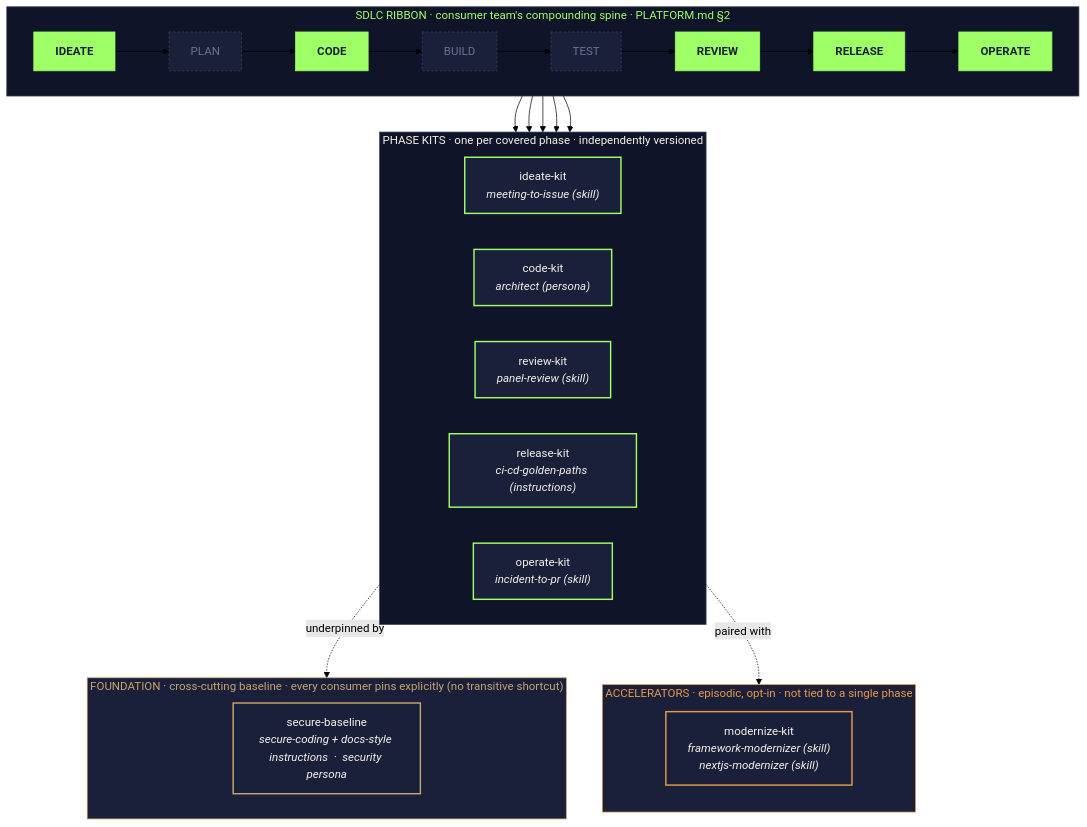
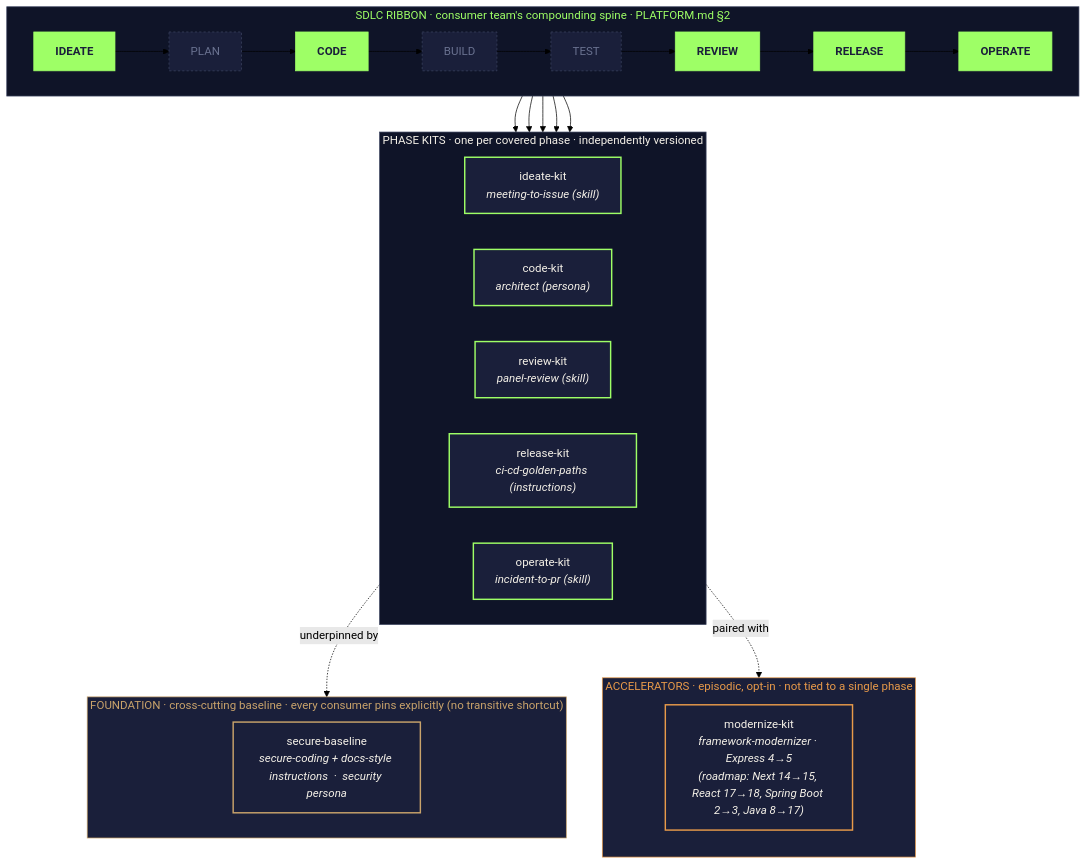
One commit to DevExpGbb/zava-agent-config changed the diagram in README.md. Above: the diagram before and after it, drawn with Mermaid (forest theme). The commit also changed other lines of this file and 27 other files, not shown here.

````diff
--- a/README.md
+++ b/README.md
@@ -13,52 +13,52 @@
 ```mermaid
 flowchart TB
     subgraph RIBBON["SDLC RIBBON  ·  consumer team's compounding spine  ·  PLATFORM.md §2"]
         direction LR
         P1[IDEATE] --> P2[PLAN] --> P3[CODE] --> P4[BUILD] --> P5[TEST] --> P6[REVIEW] --> P7[RELEASE] --> P8[OPERATE]
     end
 
     subgraph KITS["PHASE KITS  ·  one per covered phase  ·  independently versioned"]
         direction LR
         K1["ideate-kit<br/><i>meeting-to-issue (skill)</i>"]
         K3["code-kit<br/><i>architect (persona)</i>"]
         K6["review-kit<br/><i>panel-review (skill)</i>"]
         K7["release-kit<br/><i>ci-cd-golden-paths (instructions)</i>"]
         K8["operate-kit<br/><i>incident-to-pr (skill)</i>"]
     end
 
     subgraph FOUND["FOUNDATION  ·  cross-cutting baseline  ·  every consumer pins explicitly (no transitive shortcut)"]
         direction LR
         BASE["secure-baseline<br/><i>secure-coding + docs-style instructions  ·  security persona</i>"]
     end
 
     subgraph ACCEL["ACCELERATORS  ·  episodic, opt-in  ·  not tied to a single phase"]
         direction TB
-        ACC1["modernize-kit<br/><i>framework-modernizer (skill)<br/>nextjs-modernizer (skill)</i>"]
+        ACC1["modernize-kit<br/><i>framework-modernizer · Express 4→5</i><br/><i>(roadmap: Next 14→15, React 17→18, Spring Boot 2→3, Java 8→17)</i>"]
     end
 
     P1 --> K1
     P3 --> K3
     P6 --> K6
     P7 --> K7
     P8 --> K8
 
     KITS -. underpinned by .-> FOUND
     KITS -. paired with .-> ACCEL
 
     classDef phase fill:#9eff66,stroke:#9eff66,color:#1a1f3a,font-weight:bold
     classDef gap fill:#1a1f3a,stroke:#3d4560,color:#6a7290,stroke-dasharray:3 3
     classDef kit fill:#1a1f3a,stroke:#9eff66,stroke-width:2px,color:#f5f1e8
     classDef baseline fill:#1a1f3a,stroke:#c9a36b,stroke-width:2px,color:#f5f1e8
     classDef accelerator fill:#1a1f3a,stroke:#e89a4a,stroke-width:2px,color:#f5f1e8
 
     class P1,P3,P6,P7,P8 phase
     class P2,P4,P5 gap
     class K1,K3,K6,K7,K8 kit
     class BASE baseline
     class ACC1 accelerator
 
     style RIBBON fill:#0f1428,stroke:#3d4560,color:#9eff66
     style KITS fill:#0f1428,stroke:#3d4560,color:#f5f1e8
     style FOUND fill:#1a1f3a,stroke:#c9a36b,color:#c9a36b
     style ACCEL fill:#1a1f3a,stroke:#e89a4a,color:#e89a4a
 ```
````
